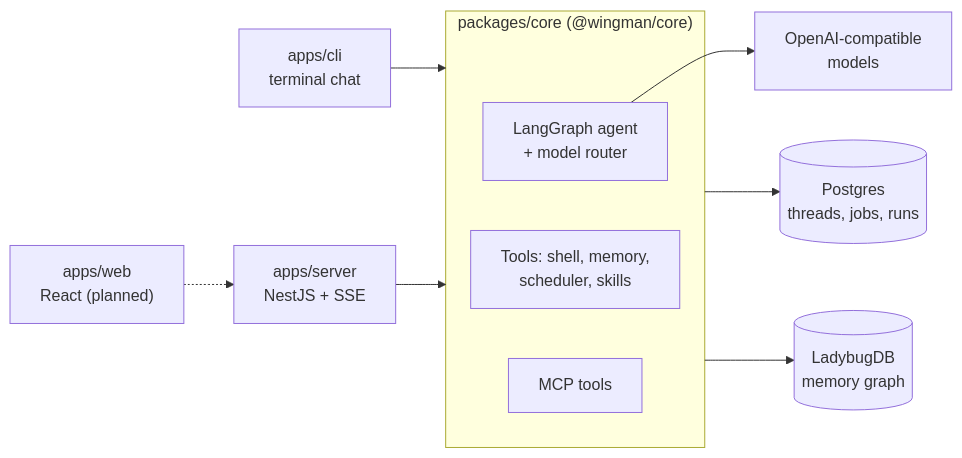
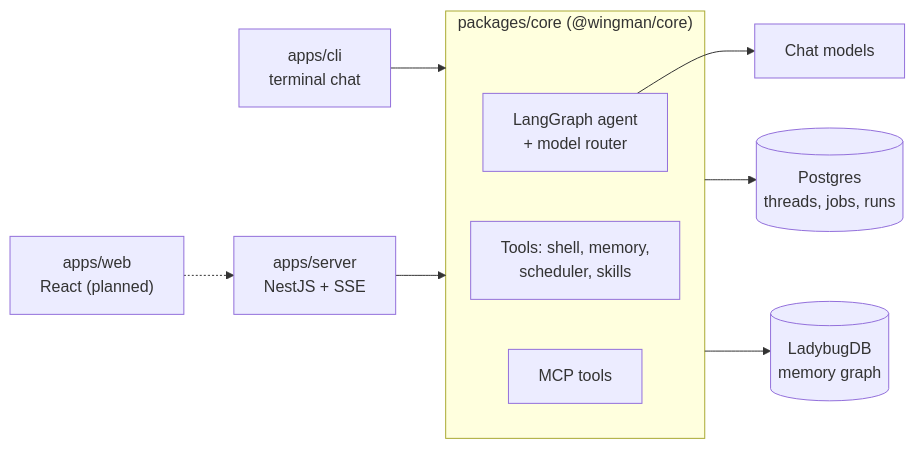
The diagram in README.md (himansu9805/wingman-harness), drawn with Mermaid before and after one commit. The commit also changed other lines of this file, not shown here.

````diff
--- a/README.md
+++ b/README.md
@@ -59,16 +41,16 @@
 ```mermaid
 flowchart LR
     CLI["apps/cli<br/>terminal chat"] --> Core
     Server["apps/server<br/>NestJS + SSE"] --> Core
     Web["apps/web<br/>React (planned)"] -.-> Server
 
     subgraph Core["packages/core (@wingman/core)"]
         Agent["LangGraph agent<br/>+ model router"]
         Tools["Tools: shell, memory,<br/>scheduler, skills"]
         MCP["MCP tools"]
     end
 
-    Agent --> Models["OpenAI-compatible<br/>models"]
+    Agent --> Models["Chat models"]
     Core --> PG[("Postgres<br/>threads, jobs, runs")]
     Core --> Graph[("LadybugDB<br/>memory graph")]
 ```
````
